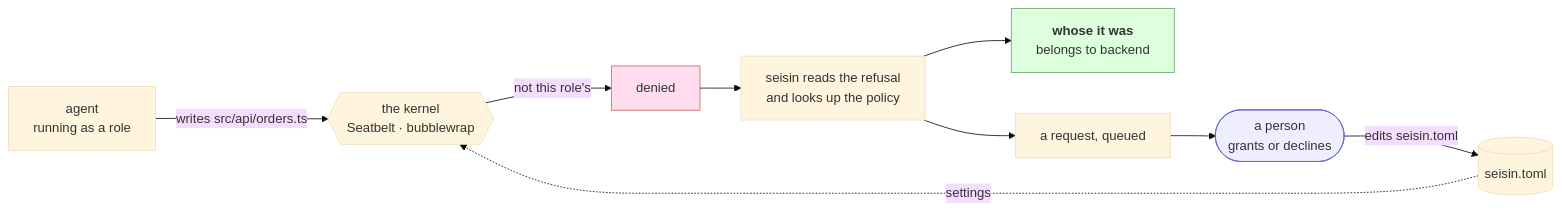
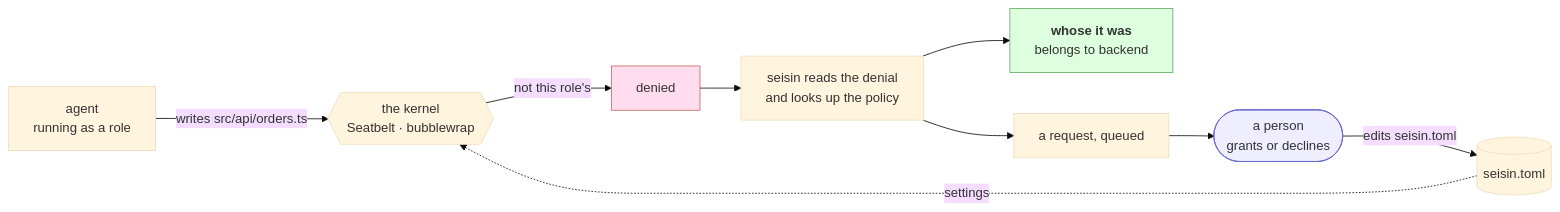
One commit to carlostapiacl/seisin changed the diagram in README.md. Above: the diagram before and after it, drawn with Mermaid (base theme). The commit also changed other lines of this file and 2 other files, not shown here.

````diff
--- a/README.md
+++ b/README.md
@@ -45,15 +45,15 @@
 ```mermaid
 flowchart LR
     A["agent<br/>running as a role"] -->|writes src/api/orders.ts| K{{"the kernel<br/>Seatbelt · bubblewrap"}}
     K -->|not this role's| D["denied"]
-    D --> S["seisin reads the refusal<br/>and looks up the policy"]
+    D --> S["seisin reads the denial<br/>and looks up the policy"]
     S --> W["<b>whose it was</b><br/>belongs to backend"]
     S --> Q["a request, queued"]
     Q --> H(["a person<br/>grants or declines"])
     H -->|edits seisin.toml| P[("seisin.toml")]
     P -.->|settings| K
 
     style D fill:#fde,stroke:#c66
     style W fill:#dfd,stroke:#6a6
     style H fill:#eef,stroke:#66c
 ```
````
